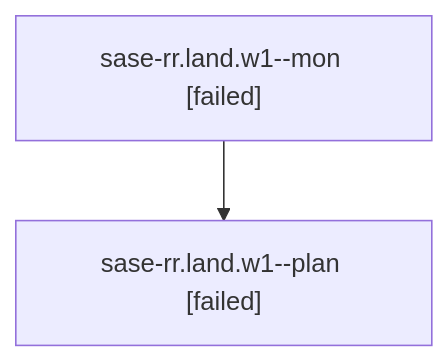
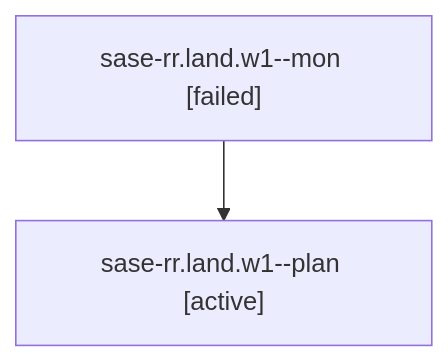
One commit to sase-org/sase--agents changed the diagram in families/bbugyi200.athena.sase-rr.land.w1.md. Above: the diagram before and after it, drawn with Mermaid. The commit also changed other lines of this file and 35830 other files, not shown here.

````diff
--- a/families/bbugyi200.athena.sase-rr.land.w1.md
+++ b/families/bbugyi200.athena.sase-rr.land.w1.md
@@ -9,6 +9,6 @@
 ```mermaid
 flowchart TD
   n0["sase-rr.land.w1--mon [failed]"]
-  n1["sase-rr.land.w1--plan [failed]"]
+  n1["sase-rr.land.w1--plan [active]"]
   n0 --> n1
 ```
````
